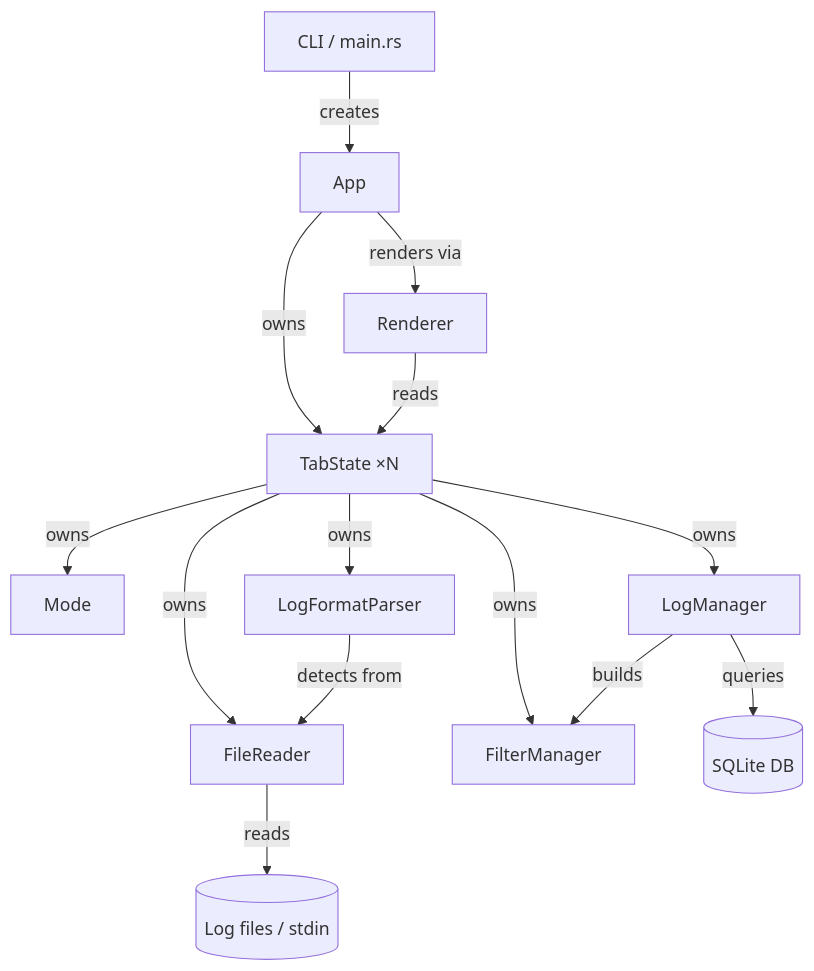
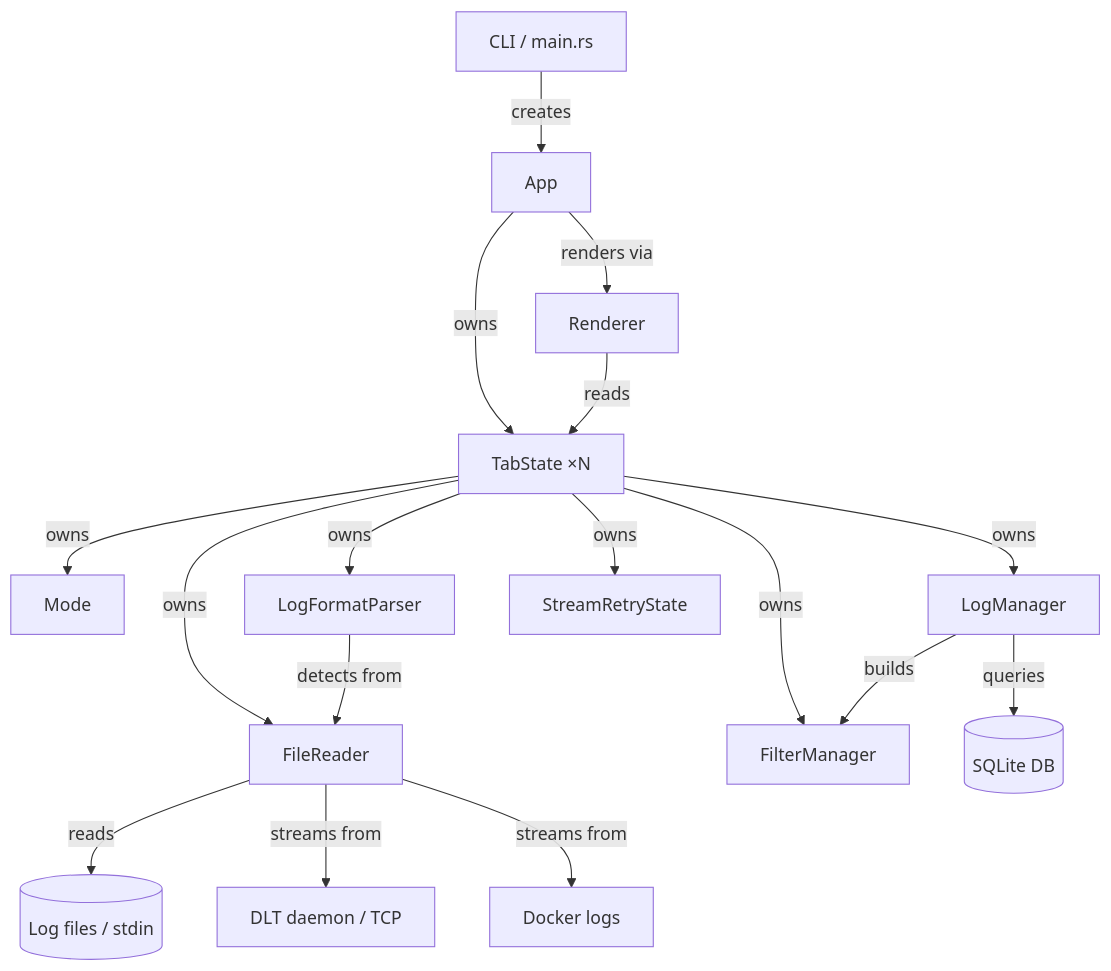
One commit to pauloremoli/logana changed the first of 5 diagrams in ARCHITECTURE.md. Above: the diagram before and after it, drawn with Mermaid. The commit also changed other lines of this file and 18 other files, not shown here.

````diff
--- a/ARCHITECTURE.md
+++ b/ARCHITECTURE.md
@@ -21,16 +43,19 @@
 ```mermaid
 flowchart TD
     CLI[CLI / main.rs] -->|creates| App[App]
     App -->|owns| Tab[TabState ×N]
     App -->|renders via| Renderer[Renderer]
     Tab -->|owns| Mode[Mode]
     Tab -->|owns| FileReader[FileReader]
     Tab -->|owns| LogManager[LogManager]
     Tab -->|owns| FM[FilterManager]
     Tab -->|owns| Parser[LogFormatParser]
+    Tab -->|owns| Retry[StreamRetryState]
     LogManager -->|queries| DB[(SQLite DB)]
     LogManager -->|builds| FM
     FileReader -->|reads| Files[(Log files / stdin)]
+    FileReader -->|streams from| DLT[DLT daemon / TCP]
+    FileReader -->|streams from| Docker[Docker logs]
     Renderer -->|reads| Tab
     Parser -->|detects from| FileReader
 ```
````
